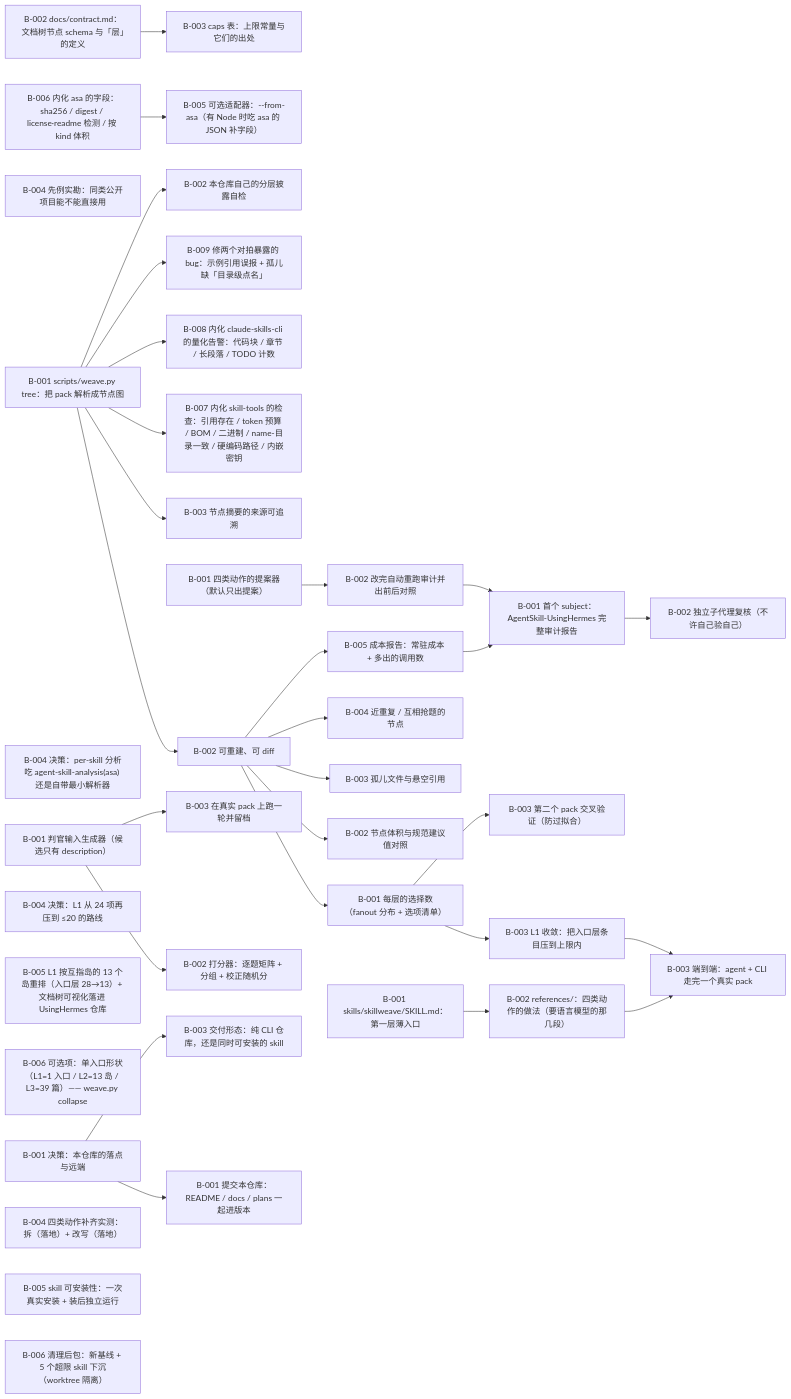
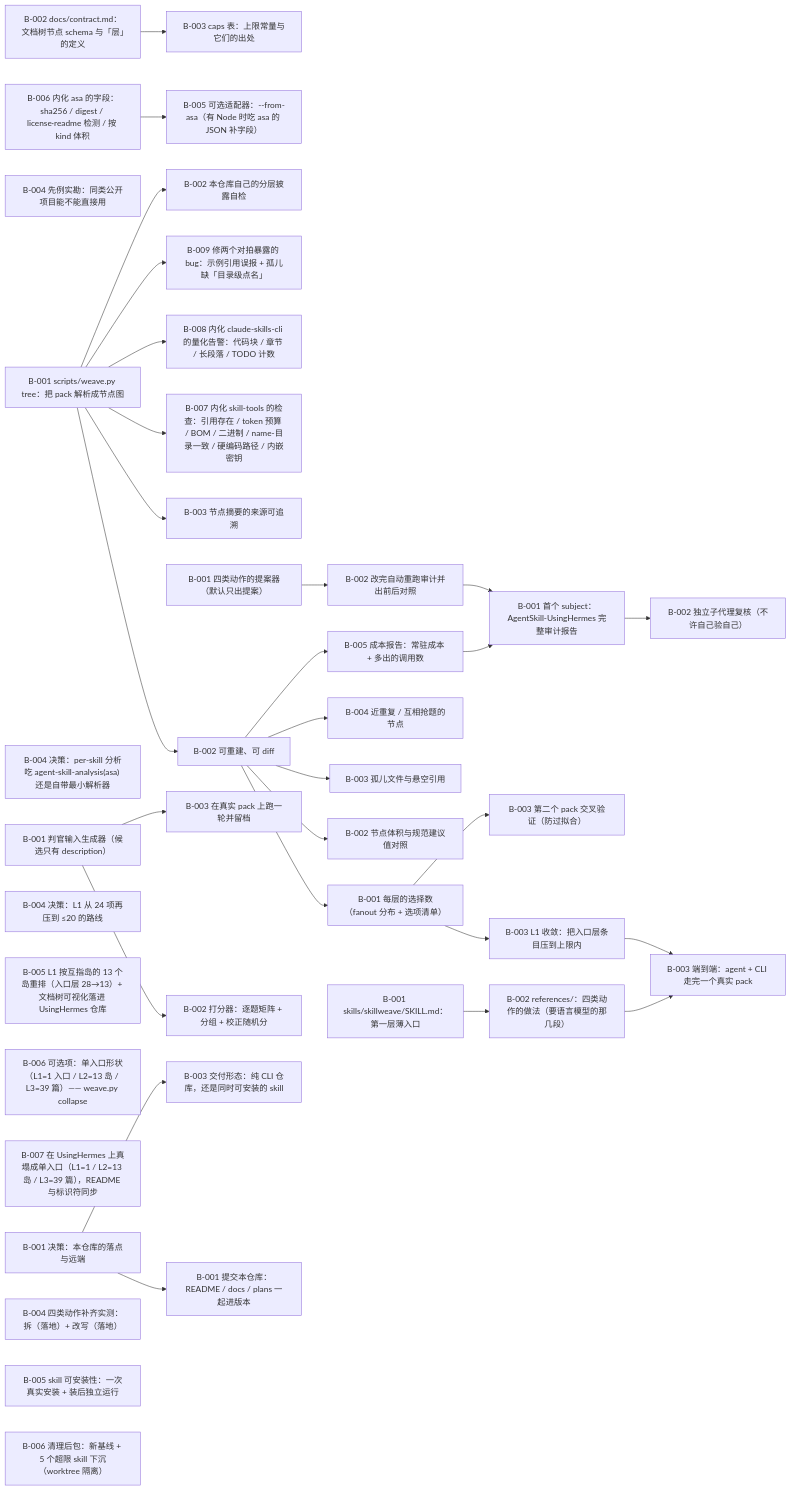
Before and after one commit to flmaximwang/SkillWeave: the diagram in plans/skillweave/PLAN.md, drawn with Mermaid. The commit also changed other lines of this file and 3 other files, not shown here.

Commit message:
plan: UsingHermes 真塌成单入口落账（c12b938）

````diff
--- a/plans/skillweave/PLAN.md
+++ b/plans/skillweave/PLAN.md
@@ -15,72 +15,73 @@
 ```mermaid
 flowchart LR
   T-001_B-001["B-001 决策：本仓库的落点与远端"]
   T-001_B-002["B-002 docs/contract.md：文档树节点 schema 与「层」的定义"]
   T-001_B-003["B-003 caps 表：上限常量与它们的出处"]
   T-001_B-004["B-004 先例实勘：同类公开项目能不能直接用"]
   T-002_B-001["B-001 scripts/weave.py tree：把 pack 解析成节点图"]
   T-002_B-002["B-002 可重建、可 diff"]
   T-002_B-003["B-003 节点摘要的来源可追溯"]
   T-002_B-004["B-004 决策：per-skill 分析吃 agent-skill-analysis(asa) 还是自带最小解析器"]
   T-002_B-005["B-005 可选适配器：--from-asa（有 Node 时吃 asa 的 JSON 补字段）"]
   T-003_B-001["B-001 每层的选择数（fanout 分布 + 选项清单）"]
   T-003_B-002["B-002 节点体积与规范建议值对照"]
   T-003_B-003["B-003 孤儿文件与悬空引用"]
   T-003_B-004["B-004 近重复 / 互相抢题的节点"]
   T-003_B-005["B-005 成本报告：常驻成本 + 多出的调用数"]
   T-003_B-006["B-006 内化 asa 的字段：sha256 / digest / license·readme 检测 / 按 kind 体积"]
   T-003_B-007["B-007 内化 skill-tools 的检查：引用存在 / token 预算 / BOM / 二进制 / name-目录一致 / 硬编码路径 / 内嵌密钥"]
   T-003_B-008["B-008 内化 claude-skills-cli 的量化告警：代码块 / 章节 / 长段落 / TODO 计数"]
   T-003_B-009["B-009 修两个对拍暴露的 bug：示例引用误报 + 孤儿缺「目录级点名」"]
   T-004_B-001["B-001 四类动作的提案器（默认只出提案）"]
   T-004_B-002["B-002 改完自动重跑审计并出前后对照"]
   T-004_B-003["B-003 L1 收敛：把入口层条目压到上限内"]
   T-004_B-004["B-004 决策：L1 从 24 项再压到 ≤20 的路线"]
   T-004_B-005["B-005 L1 按互指岛的 13 个岛重排（入口层 28→13）+ 文档树可视化落进 UsingHermes 仓库"]
   T-004_B-006["B-006 可选项：单入口形状（L1=1 入口 / L2=13 岛 / L3=39 篇）—— weave.py collapse"]
+  T-004_B-007["B-007 在 UsingHermes 上真塌成单入口（L1=1 / L2=13 岛 / L3=39 篇），README 与标识符同步"]
   T-005_B-001["B-001 判官输入生成器（候选只有 description）"]
   T-005_B-002["B-002 打分器：逐题矩阵 + 分组 + 校正随机分"]
   T-005_B-003["B-003 在真实 pack 上跑一轮并留档"]
   T-006_B-001["B-001 首个 subject：AgentSkill-UsingHermes 完整审计报告"]
   T-006_B-002["B-002 独立子代理复核（不许自己验自己）"]
   T-006_B-003["B-003 第二个 pack 交叉验证（防过拟合）"]
   T-007_B-001["B-001 提交本仓库：README / docs / plans 一起进版本"]
   T-007_B-002["B-002 本仓库自己的分层披露自检"]
   T-007_B-003["B-003 交付形态：纯 CLI 仓库，还是同时可安装的 skill"]
   T-008_B-001["B-001 skills/skillweave/SKILL.md：第一层薄入口"]
   T-008_B-002["B-002 references/：四类动作的做法（要语言模型的那几段）"]
   T-008_B-003["B-003 端到端：agent + CLI 走完一个真实 pack"]
   T-008_B-004["B-004 四类动作补齐实测：拆（落地）+ 改写（落地）"]
   T-008_B-005["B-005 skill 可安装性：一次真实安装 + 装后独立运行"]
   T-008_B-006["B-006 清理后包：新基线 + 5 个超限 skill 下沉（worktree 隔离）"]
   T-001_B-002 --> T-001_B-003
   T-002_B-001 --> T-002_B-002
   T-002_B-001 --> T-002_B-003
   T-003_B-006 --> T-002_B-005
   T-002_B-002 --> T-003_B-001
   T-002_B-002 --> T-003_B-002
   T-002_B-002 --> T-003_B-003
   T-002_B-002 --> T-003_B-004
   T-002_B-002 --> T-003_B-005
   T-002_B-001 --> T-003_B-007
   T-002_B-001 --> T-003_B-008
   T-002_B-001 --> T-003_B-009
   T-004_B-001 --> T-004_B-002
   T-003_B-001 --> T-004_B-003
   T-005_B-001 --> T-005_B-002
   T-005_B-001 --> T-005_B-003
   T-003_B-005 --> T-006_B-001
   T-004_B-002 --> T-006_B-001
   T-006_B-001 --> T-006_B-002
   T-003_B-001 --> T-006_B-003
   T-001_B-001 --> T-007_B-001
   T-002_B-001 --> T-007_B-002
   T-001_B-001 --> T-007_B-003
   T-008_B-001 --> T-008_B-002
   T-008_B-002 --> T-008_B-003
   T-004_B-003 --> T-008_B-003
   classDef done stroke-width:1px;
-  class T-001_B-001,T-001_B-002,T-001_B-003,T-001_B-004,T-002_B-001,T-002_B-002,T-002_B-003,T-002_B-004,T-003_B-001,T-003_B-002,T-003_B-003,T-003_B-004,T-003_B-005,T-003_B-006,T-003_B-007,T-003_B-008,T-003_B-009,T-004_B-001,T-004_B-002,T-004_B-003,T-004_B-004,T-004_B-005,T-004_B-006,T-005_B-001,T-005_B-002,T-005_B-003,T-006_B-001,T-006_B-002,T-006_B-003,T-007_B-001,T-007_B-002,T-007_B-003,T-008_B-001,T-008_B-002,T-008_B-003,T-008_B-004,T-008_B-005,T-008_B-006 done;
+  class T-001_B-001,T-001_B-002,T-001_B-003,T-001_B-004,T-002_B-001,T-002_B-002,T-002_B-003,T-002_B-004,T-003_B-001,T-003_B-002,T-003_B-003,T-003_B-004,T-003_B-005,T-003_B-006,T-003_B-007,T-003_B-008,T-003_B-009,T-004_B-001,T-004_B-002,T-004_B-003,T-004_B-004,T-004_B-005,T-004_B-006,T-004_B-007,T-005_B-001,T-005_B-002,T-005_B-003,T-006_B-001,T-006_B-002,T-006_B-003,T-007_B-001,T-007_B-002,T-007_B-003,T-008_B-001,T-008_B-002,T-008_B-003,T-008_B-004,T-008_B-005,T-008_B-006 done;
   classDef cancelled stroke-width:1px;
   class T-002_B-005 cancelled;
 ```
````
